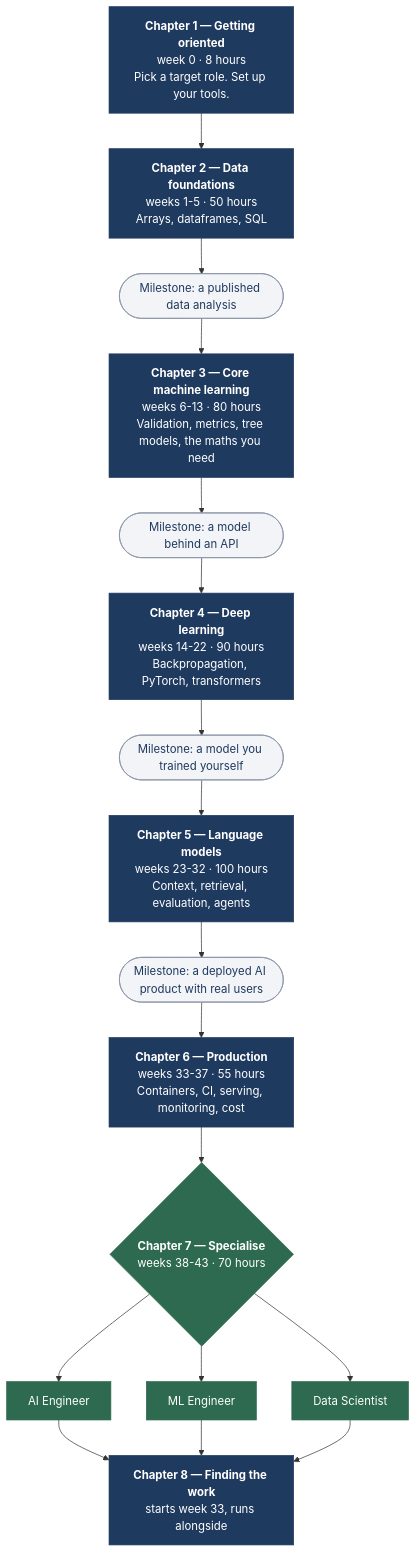
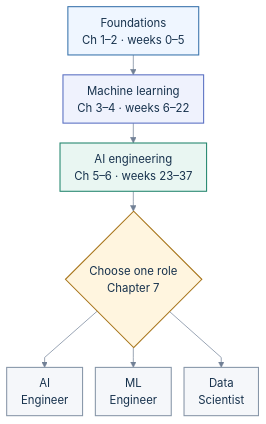
The first of 3 diagrams in README.md (santoshshinde2012/ai-ml-ground-truth), drawn with Mermaid before and after one commit. The commit also changed other lines of this file and 23 other files, not shown here.

````diff
--- a/README.md
+++ b/README.md
@@ -221,31 +149,27 @@
 ```mermaid
-flowchart TD
-    S0["<b>Chapter 1 — Getting oriented</b><br/>week 0 · 8 hours<br/>Pick a target role. Set up your tools."]
-    S1["<b>Chapter 2 — Data foundations</b><br/>weeks 1-5 · 50 hours<br/>Arrays, dataframes, SQL"]
-    S2["<b>Chapter 3 — Core machine learning</b><br/>weeks 6-13 · 80 hours<br/>Validation, metrics, tree models, the maths you need"]
-    S3["<b>Chapter 4 — Deep learning</b><br/>weeks 14-22 · 90 hours<br/>Backpropagation, PyTorch, transformers"]
-    S4["<b>Chapter 5 — Language models</b><br/>weeks 23-32 · 100 hours<br/>Context, retrieval, evaluation, agents"]
-    S5["<b>Chapter 6 — Production</b><br/>weeks 33-37 · 55 hours<br/>Containers, CI, serving, monitoring, cost"]
-    S6{"<b>Chapter 7 — Specialise</b><br/>weeks 38-43 · 70 hours"}
-    A["AI Engineer"]
-    B["ML Engineer"]
-    C["Data Scientist"]
-    S7["<b>Chapter 8 — Finding the work</b><br/>starts week 33, runs alongside"]
-
-    M1(["Milestone: a published data analysis"])
-    M2(["Milestone: a model behind an API"])
-    M3(["Milestone: a model you trained yourself"])
-    M4(["Milestone: a deployed AI product with real users"])
-
-    S0 --> S1 --> M1 --> S2 --> M2 --> S3 --> M3 --> S4 --> M4 --> S5 --> S6
-    S6 --> A --> S7
-    S6 --> B --> S7
-    S6 --> C --> S7
-
-    classDef stage fill:#1f3a5f,stroke:#1f3a5f,color:#ffffff
-    classDef milestone fill:#f2f4f7,stroke:#8a94a6,color:#1f3a5f
-    classDef pick fill:#2d6a4f,stroke:#2d6a4f,color:#ffffff
-    class S0,S1,S2,S3,S4,S5,S7 stage
-    class M1,M2,M3,M4 milestone
-    class S6,A,B,C pick
+%%{init: {"theme":"base","themeVariables":{"fontFamily":"Arial, sans-serif","fontSize":"16px","textColor":"#17324D","primaryColor":"#F5F7FA","primaryTextColor":"#17324D","primaryBorderColor":"#8796A8","lineColor":"#718096","secondaryColor":"#EFF6FF","tertiaryColor":"#E9F6F2","clusterBkg":"#F8FAFC","clusterBorder":"#D6DEE8","edgeLabelBackground":"#FFFFFF"},"flowchart":{"htmlLabels":true,"nodeSpacing":18,"rankSpacing":28,"curve":"linear","padding":10,"subGraphTitleMargin":{"top":8,"bottom":12}}}}%%
+flowchart TB
+    accTitle: The core learning path
+    accDescr: Complete foundations, machine learning and AI engineering in order, then choose one specialisation. Job search begins alongside production in week 33.
+    F["Foundations<br/>Ch 1–2 · weeks 0–5"]
+    M["Machine learning<br/>Ch 3–4 · weeks 6–22"]
+    E["AI engineering<br/>Ch 5–6 · weeks 23–37"]
+    S{"Choose one role<br/>Chapter 7"}
+    A["AI<br/>Engineer"]
+    B["ML<br/>Engineer"]
+    C["Data<br/>Scientist"]
+    F --> M --> E --> S
+    S --> A
+    S --> B
+    S --> C
+    classDef data fill:#EFF6FF,stroke:#3973AC,color:#17324D,stroke-width:1.5px
+    classDef model fill:#EFF2FD,stroke:#596FC2,color:#17324D,stroke-width:1.5px
+    classDef decision fill:#FFF5DF,stroke:#A8751A,color:#17324D,stroke-width:1.5px
+    classDef action fill:#E9F6F2,stroke:#23866E,color:#17324D,stroke-width:1.5px
+    classDef neutral fill:#F5F7FA,stroke:#8796A8,color:#17324D,stroke-width:1.5px
+    class F data
+    class M model
+    class E action
+    class S decision
+    class A,B,C neutral
 ```
````
